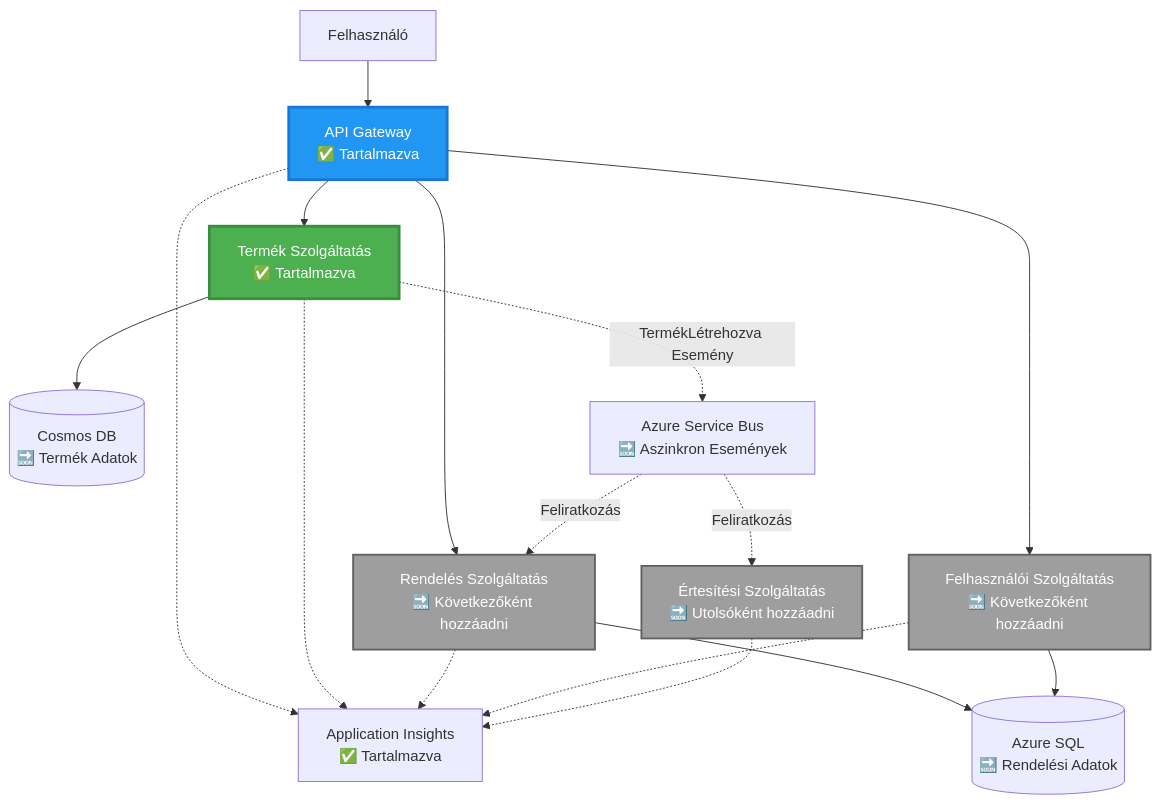
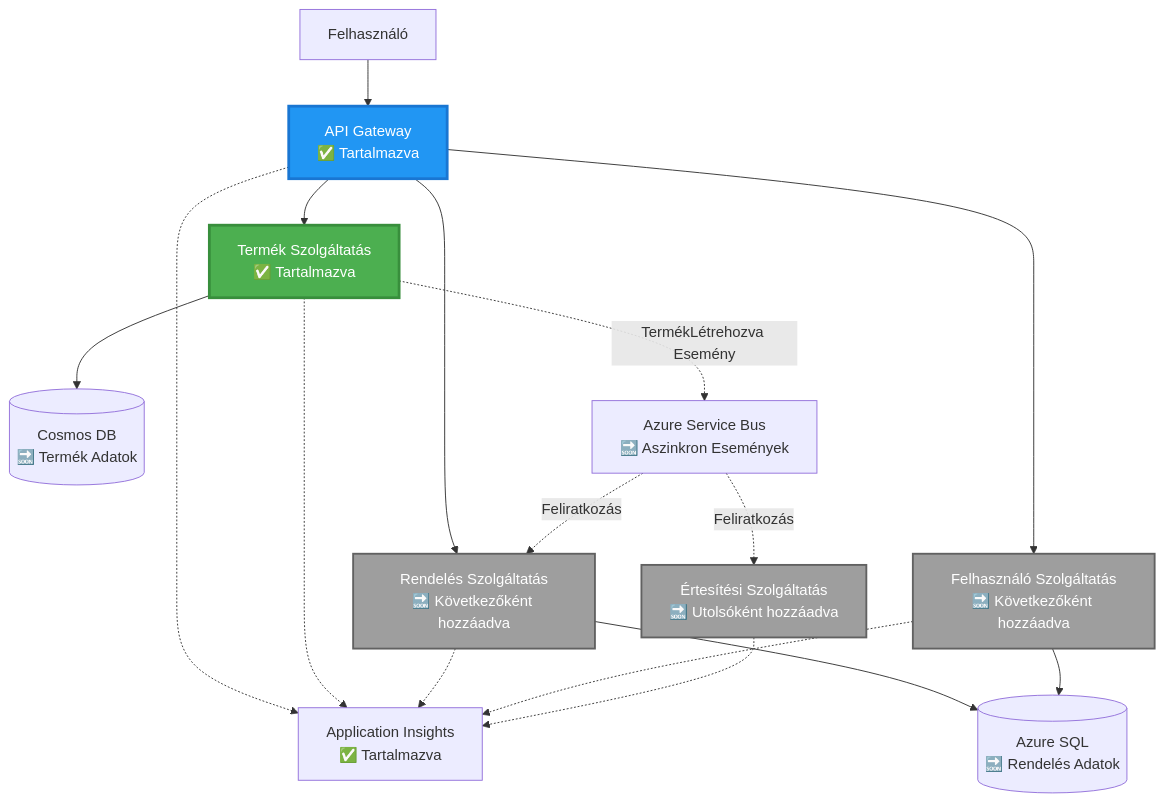
One commit to microsoft/AZD-for-beginners changed the second of 4 diagrams in translations/hu/examples/microservices/README.md. Above: the diagram before and after it, drawn with Mermaid. The commit also changed other lines of this file and 243 other files, not shown here.

````diff
--- a/translations/hu/examples/microservices/README.md
+++ b/translations/hu/examples/microservices/README.md
@@ -78,39 +69,39 @@
 ```mermaid
 graph TB
     User[Felhasználó]
     Gateway[API Gateway<br/>✅ Tartalmazva]
     Product[Termék Szolgáltatás<br/>✅ Tartalmazva]
-    Order[Rendelés Szolgáltatás<br/>🔜 Következőként hozzáadni]
-    UserSvc[Felhasználói Szolgáltatás<br/>🔜 Következőként hozzáadni]
-    Notify[Értesítési Szolgáltatás<br/>🔜 Utolsóként hozzáadni]
+    Order[Rendelés Szolgáltatás<br/>🔜 Következőként hozzáadva]
+    UserSvc[Felhasználó Szolgáltatás<br/>🔜 Következőként hozzáadva]
+    Notify[Értesítési Szolgáltatás<br/>🔜 Utolsóként hozzáadva]
     
     CosmosDB[(Cosmos DB<br/>🔜 Termék Adatok)]
-    AzureSQL[(Azure SQL<br/>🔜 Rendelési Adatok)]
+    AzureSQL[(Azure SQL<br/>🔜 Rendelés Adatok)]
     ServiceBus[Azure Service Bus<br/>🔜 Aszinkron Események]
     AppInsights[Application Insights<br/>✅ Tartalmazva]
     
     User --> Gateway
     Gateway --> Product
     Gateway --> Order
     Gateway --> UserSvc
     
     Product --> CosmosDB
     Order --> AzureSQL
     UserSvc --> AzureSQL
     
     Product -.->|TermékLétrehozva Esemény| ServiceBus
     ServiceBus -.->|Feliratkozás| Notify
     ServiceBus -.->|Feliratkozás| Order
     
     Gateway -.-> AppInsights
     Product -.-> AppInsights
     Order -.-> AppInsights
     UserSvc -.-> AppInsights
     Notify -.-> AppInsights
     
     style Product fill:#4CAF50,stroke:#388E3C,stroke-width:3px,color:#fff
     style Gateway fill:#2196F3,stroke:#1976D2,stroke-width:3px,color:#fff
     style Order fill:#9E9E9E,stroke:#616161,stroke-width:2px,color:#fff
     style UserSvc fill:#9E9E9E,stroke:#616161,stroke-width:2px,color:#fff
     style Notify fill:#9E9E9E,stroke:#616161,stroke-width:2px,color:#fff
 ```
````
